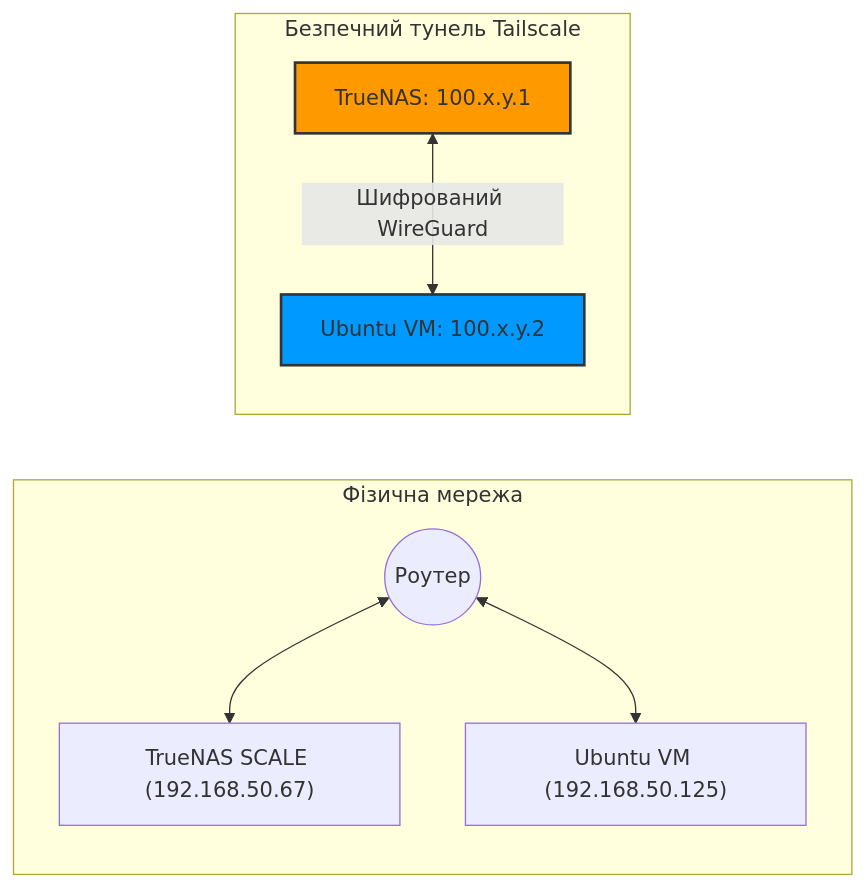
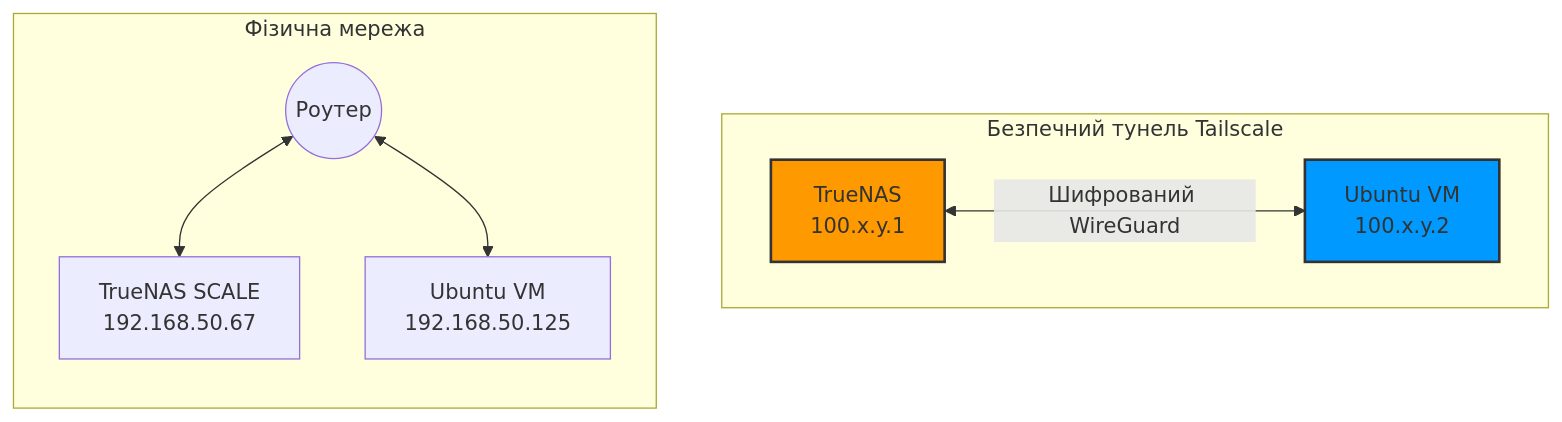
Before and after one commit to NDsedun/sedunlab: the diagram in _posts/2026-08-12-tailscale-in-homelab.md, drawn with Mermaid.

Commit message:
Tailscale with graph 3

````diff
--- a/_posts/2026-08-12-tailscale-in-homelab.md
+++ b/_posts/2026-08-12-tailscale-in-homelab.md
@@ -49,12 +49,16 @@
 ```mermaid
-flowchart LR
+flowchart TB
+    subgraph "Безпечний тунель Tailscale"
+        direction LR
+        TrueNAS_TS["TrueNAS<br>100.x.y.1"] <--> |"Шифрований WireGuard"| VM_TS["Ubuntu VM<br>100.x.y.2"]
+    end
+    
     subgraph "Фізична мережа"
-        Router((Роутер)) <--> TrueNAS["TrueNAS SCALE (192.168.50.67)"]
-        Router <--> VM["Ubuntu VM (192.168.50.125)"]
+        direction TB
+        Router((Роутер)) <--> TrueNAS["TrueNAS SCALE<br>192.168.50.67"]
+        Router <--> VM["Ubuntu VM<br>192.168.50.125"]
     end
-    subgraph "Безпечний тунель Tailscale"
-        TrueNAS_TS["TrueNAS: 100.x.y.1"] <--> |"Шифрований WireGuard"| VM_TS["Ubuntu VM: 100.x.y.2"]
-    end
+    
     style TrueNAS_TS fill:#ff9900,stroke:#333,stroke-width:2px
     style VM_TS fill:#0099ff,stroke:#333,stroke-width:2px
 ```
````
